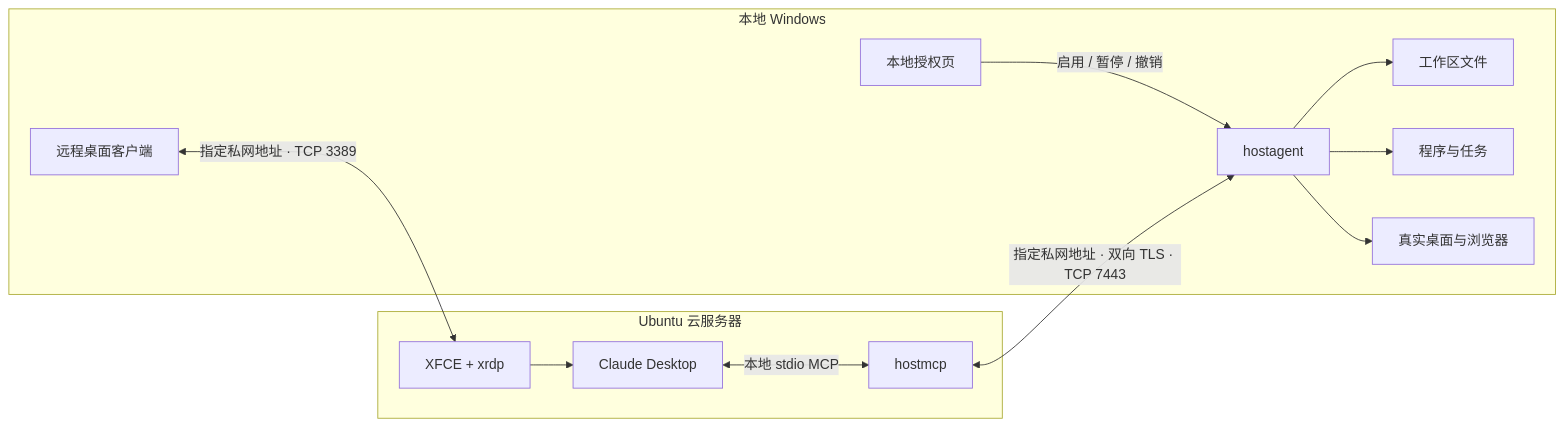
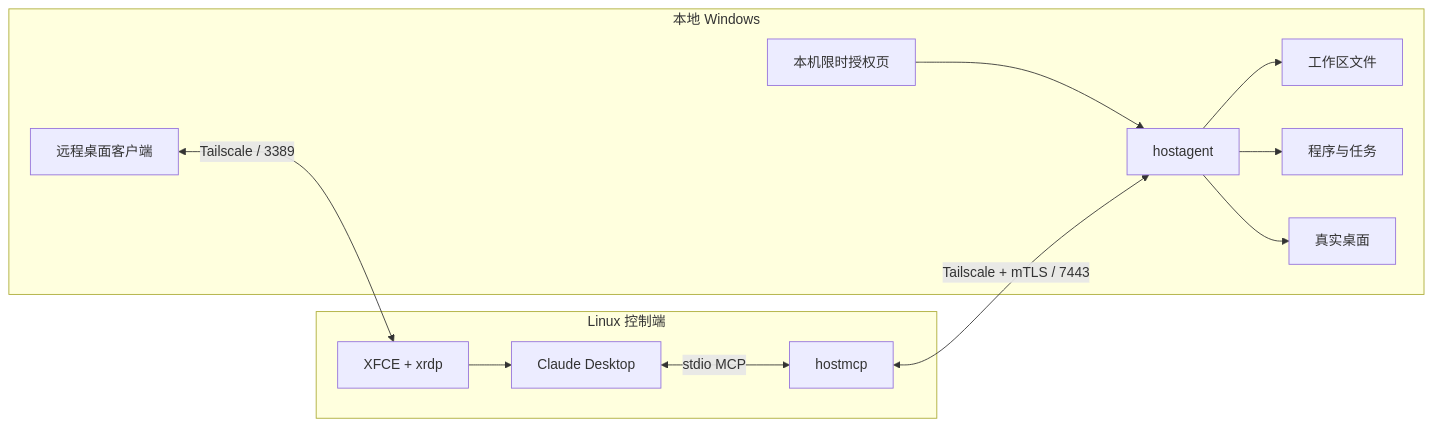
The second of 2 diagrams in README.md (wcy-wcy1/devspace-host-control), drawn with Mermaid before and after one commit. The commit also changed other lines of this file and 31 other files, not shown here.

````diff
--- a/README.md
+++ b/README.md
@@ -45,24 +154,16 @@
 ```mermaid
 flowchart LR
-    subgraph LOCAL[本地 Windows]
+    subgraph PC[本地 Windows]
         RDP[远程桌面客户端]
-        AGENT[hostagent]
-        FILES[工作区文件]
-        EXEC[程序与任务]
-        GUI[真实桌面与浏览器]
-        PANEL[本地授权页]
-        PANEL -->|启用 / 暂停 / 撤销| AGENT
-        AGENT --> FILES
-        AGENT --> EXEC
-        AGENT --> GUI
+        PANEL[本机限时授权页] --> AGENT[hostagent]
+        AGENT --> FILES[工作区文件]
+        AGENT --> EXEC[程序与任务]
+        AGENT --> GUI[真实桌面]
     end
-    subgraph CLOUD[Ubuntu 云服务器]
-        XRDP[XFCE + xrdp]
-        CLAUDE[Claude Desktop]
-        MCP[hostmcp]
-        XRDP --> CLAUDE
-        CLAUDE <-->|本地 stdio MCP| MCP
+    subgraph SERVER[Linux 控制端]
+        XRDP[XFCE + xrdp] --> CLAUDE[Claude Desktop]
+        CLAUDE <-->|stdio MCP| MCP[hostmcp]
     end
-    RDP <-->|指定私网地址 · TCP 3389| XRDP
-    MCP <-->|指定私网地址 · 双向 TLS · TCP 7443| AGENT
+    RDP <-->|Tailscale / 3389| XRDP
+    MCP <-->|Tailscale + mTLS / 7443| AGENT
 ```
````
